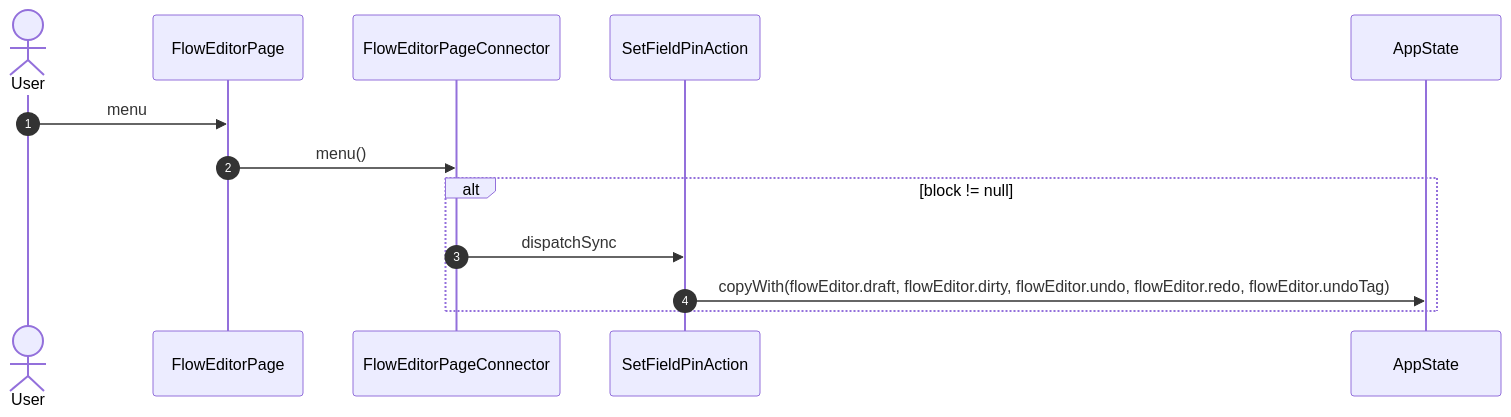
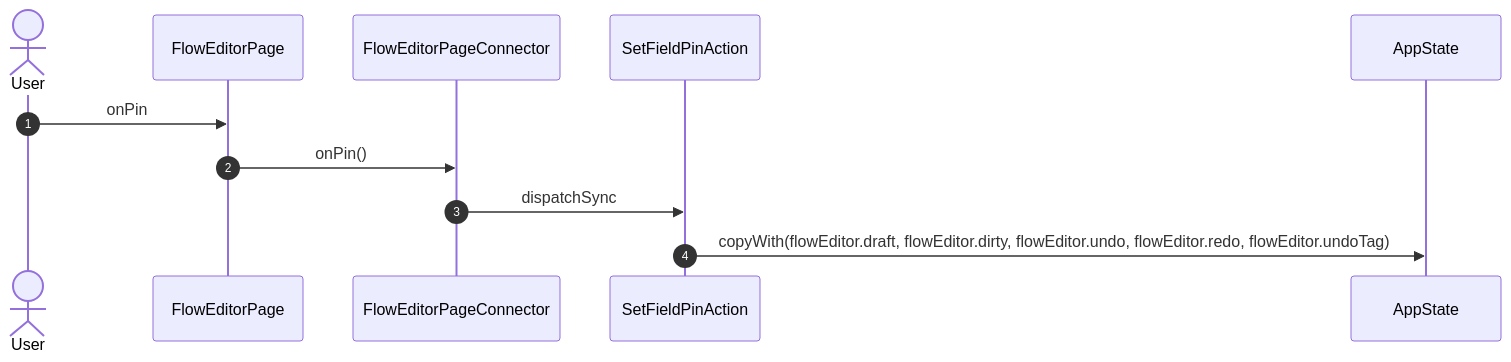
Before and after one commit to gencto/wyrm: diagram 28 of 41 in studio/docs/flows/flowEditor.md, drawn with Mermaid. The commit also changed other lines of this file and 19 other files, not shown here.

First line of the commit message:
studio: flow editor: questions keyed by what answers them; a connector under 400 lines

````diff
--- a/studio/docs/flows/flowEditor.md
+++ b/studio/docs/flows/flowEditor.md
@@ -370,16 +474,14 @@
 ```mermaid
 sequenceDiagram
     autonumber
     actor User
     participant UI as FlowEditorPage
     participant VM as FlowEditorPageConnector
     participant A1 as SetFieldPinAction
     participant ST as AppState
 
-    User->>UI: menu
-    UI->>VM: menu()
-    alt block != null
-        VM->>A1: dispatchSync
-        A1->>ST: copyWith(flowEditor.draft, flowEditor.dirty, flowEditor.undo, flowEditor.redo, flowEditor.undoTag)
-    end
+    User->>UI: onPin
+    UI->>VM: onPin()
+    VM->>A1: dispatchSync
+    A1->>ST: copyWith(flowEditor.draft, flowEditor.dirty, flowEditor.undo, flowEditor.redo, flowEditor.undoTag)
 ```
````
